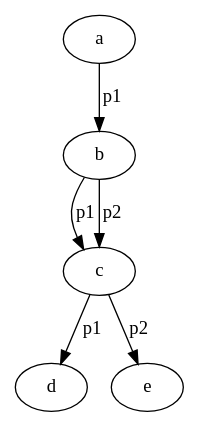
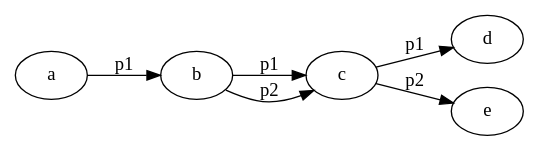
One commit to thi-ng/fabric changed the diagram in fabric-facts/test/core.org. Above: the diagram before and after it, drawn with Graphviz. The commit also changed 4 other files, not shown here.

```diff
--- a/fabric-facts/test/core.org
+++ b/fabric-facts/test/core.org
@@ -75,9 +75,10 @@
-#+BEGIN_SRC dot :tangle ../babel/test-paths.dot
+#+BEGIN_SRC dot :tangle ../babel/test-paths.dot :exports none
   digraph g {
-  a -> b [label="p1"];
-  b -> c [label="p1"];
-  b -> c [label="p2"];
-  c -> d [label="p1"];
-  c -> e [label="p2"];
+    rankdir=LR;
+    a -> b [label="p1"];
+    b -> c [label="p1"];
+    b -> c [label="p2"];
+    c -> d [label="p1"];
+    c -> e [label="p2"];
   }
 #+END_SRC
```
